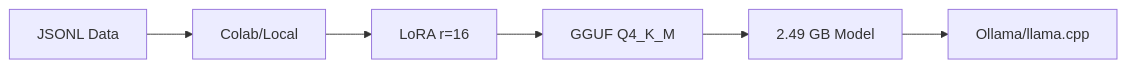
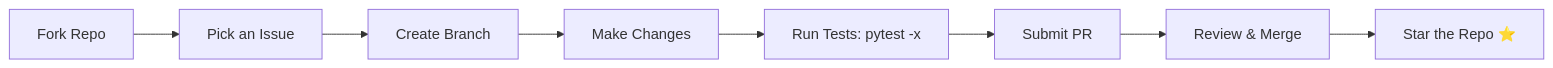
Before and after one commit to rbkhan007/Photato-Phi-3-Custom-Model: diagram 14 of 14 in README.md, drawn with Mermaid. The commit also changed other lines of this file, not shown here.

First line of the commit message:
docs: comprehensive README overhaul with new diagrams and sections

````diff
--- a/README.md
+++ b/README.md
@@ -904,8 +1163,10 @@
 ```mermaid
 flowchart LR
-    A[JSONL Data] --> B[Colab/Local]
-    B --> C[LoRA r=16]
-    C --> D[GGUF Q4_K_M]
-    D --> E["2.49 GB Model"]
-    E --> F[Ollama/llama.cpp]
+    A[Fork Repo] --> B[Pick an Issue]
+    B --> C[Create Branch]
+    C --> D[Make Changes]
+    D --> E[Run Tests: pytest -x]
+    E --> F[Submit PR]
+    F --> G[Review & Merge]
+    G --> H[Star the Repo ⭐]
 ```
````
